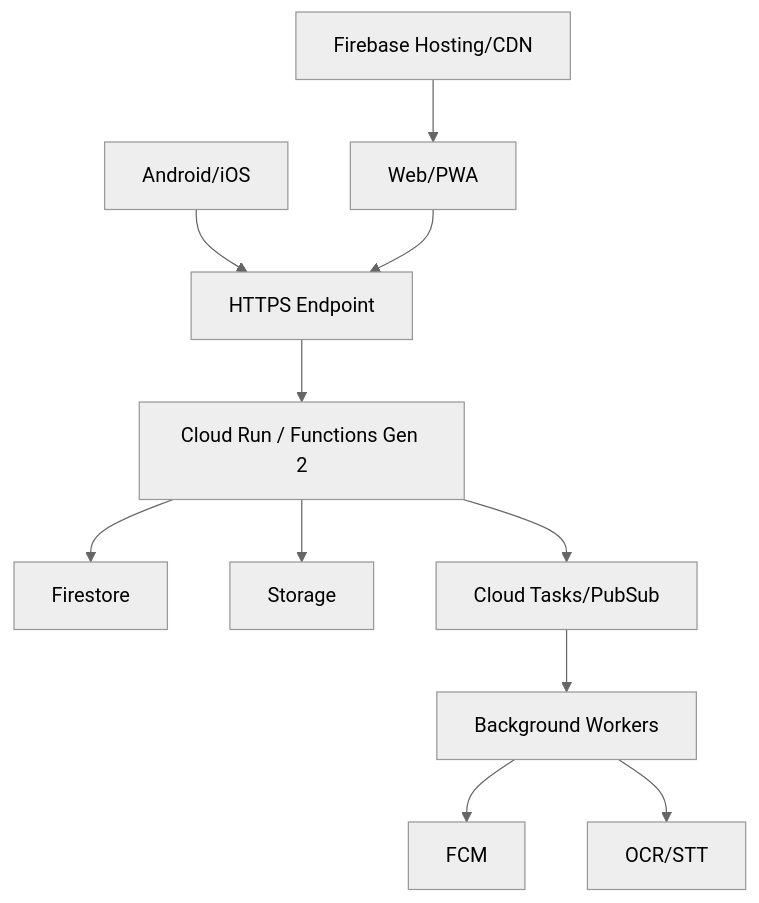
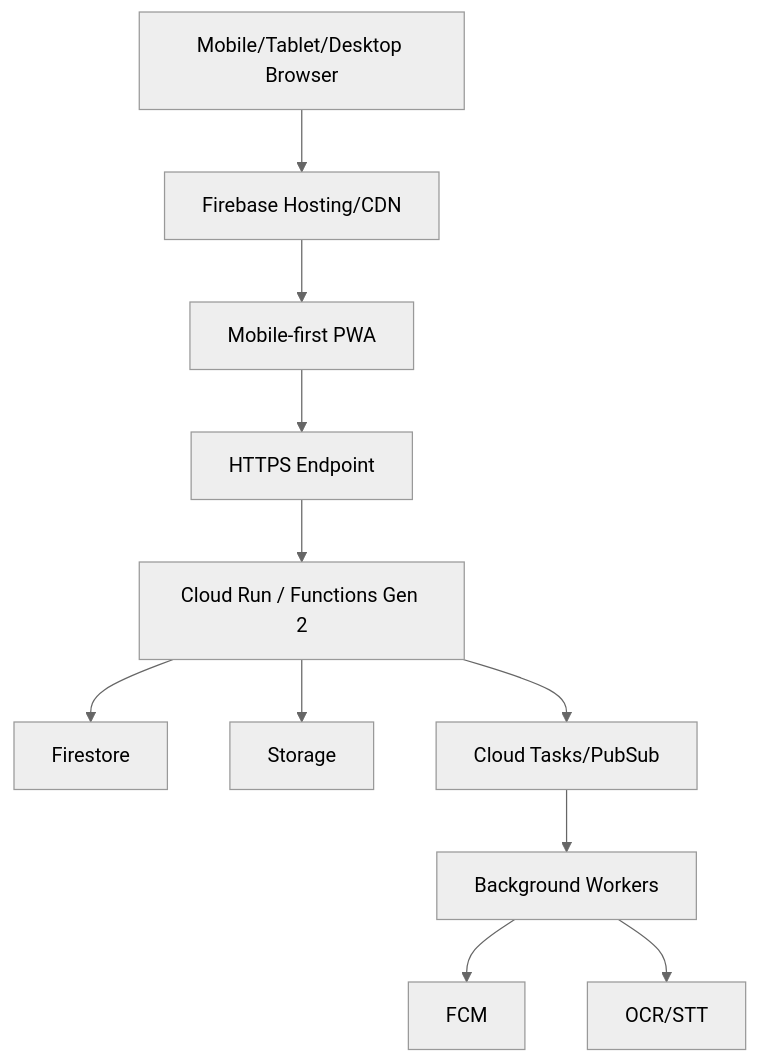
The fourth of 4 diagrams in docs/design/01-architecture.md (jariyahsoft/mo-nut), drawn with Mermaid (neutral theme) before and after one commit. The commit also changed other lines of this file and 49 other files, not shown here.

Commit message:
Mobile-first PWA

````diff
--- a/docs/design/01-architecture.md
+++ b/docs/design/01-architecture.md
@@ -205,13 +210,13 @@
 ```mermaid
 flowchart TB
-  CDN[Firebase Hosting/CDN] --> Web[Web/PWA]
-  Mobile[Android/iOS] --> LB[HTTPS Endpoint]
-  Web --> LB
+  CDN[Firebase Hosting/CDN] --> PWA[Mobile-first PWA]
+  Browser[Mobile/Tablet/Desktop Browser] --> CDN
+  PWA --> LB[HTTPS Endpoint]
   LB --> Run[Cloud Run / Functions Gen 2]
   Run --> Firestore
   Run --> Storage
   Run --> Tasks[Cloud Tasks/PubSub]
   Tasks --> Workers[Background Workers]
   Workers --> FCM
   Workers --> AI[OCR/STT]
 ```
````
